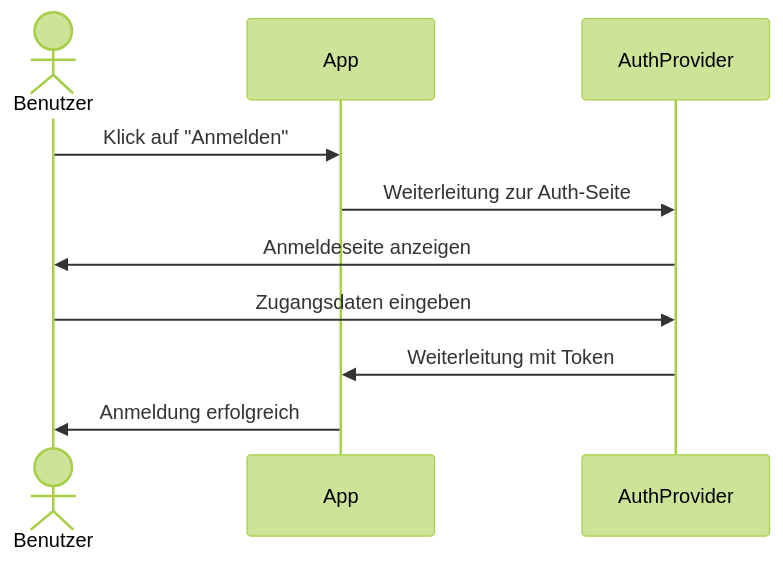
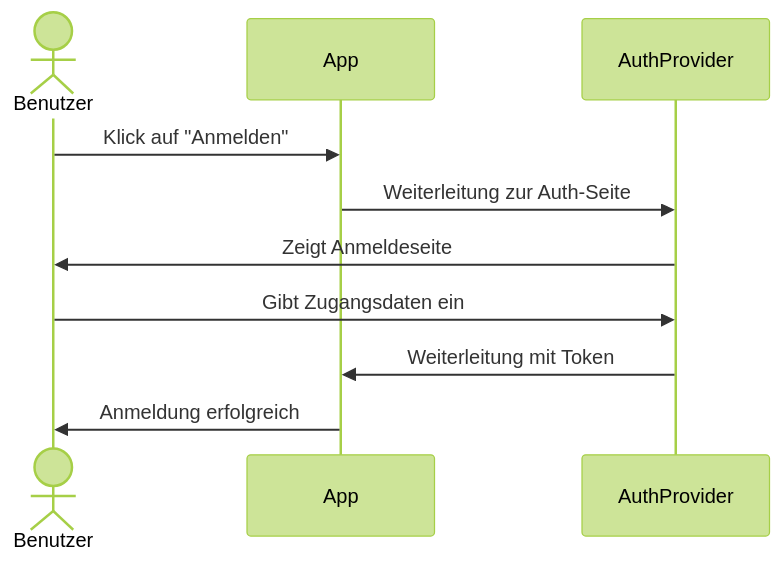
One commit to logto-io/docs changed the first of 7 diagrams in i18n/de/docusaurus-plugin-content-docs/current/use-cases/multi-tenancy/build-multi-tenant-saas-application.mdx. Above: the diagram before and after it, drawn with Mermaid (forest theme). The commit also changed other lines of this file and 74 other files, not shown here.

````diff
--- a/i18n/de/docusaurus-plugin-content-docs/current/use-cases/multi-tenancy/build-multi-tenant-saas-application.mdx
+++ b/i18n/de/docusaurus-plugin-content-docs/current/use-cases/multi-tenancy/build-multi-tenant-saas-application.mdx
@@ -186,13 +186,13 @@
 ```mermaid
 sequenceDiagram
   actor u as Benutzer
   participant a as App
   participant auth as AuthProvider
 
   u->>a: Klick auf "Anmelden"
   a->>auth: Weiterleitung zur Auth-Seite
-  auth->>u: Anmeldeseite anzeigen
-  u->>auth: Zugangsdaten eingeben
+  auth->>u: Zeigt Anmeldeseite
+  u->>auth: Gibt Zugangsdaten ein
   auth->>a: Weiterleitung mit Token
   a->>u: Anmeldung erfolgreich
 ```
````
